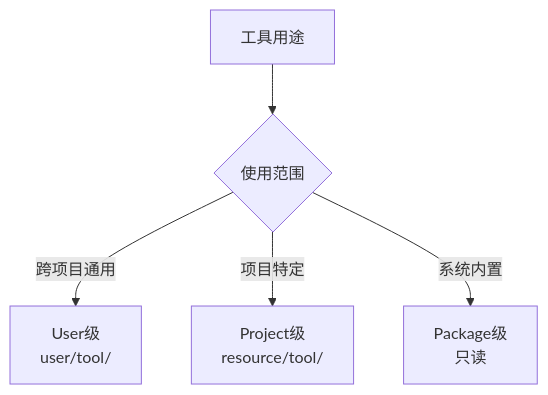
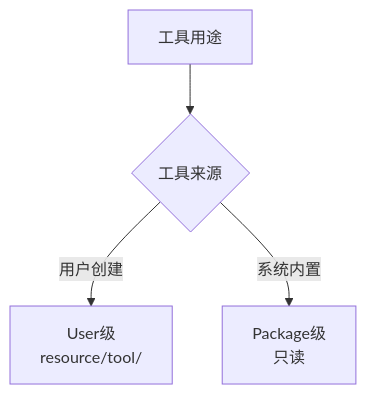
Before and after one commit to yuyuan-cs/PromptX: the diagram in packages/resource/resources/role/luban/execution/tool-creation-filesystem.execution.md, drawn with Mermaid. The commit also changed other lines of this file, not shown here.

Commit message:
fix: update luban role tool creation path documentation

````diff
--- a/packages/resource/resources/role/luban/execution/tool-creation-filesystem.execution.md
+++ b/packages/resource/resources/role/luban/execution/tool-creation-filesystem.execution.md
@@ -44,7 +53,6 @@
   ```mermaid
   graph TD
-      A[工具用途] --> B{使用范围}
-      B -->|跨项目通用| C[User级<br/>user/tool/]
-      B -->|项目特定| D[Project级<br/>resource/tool/]
-      B -->|系统内置| E[Package级<br/>只读]
+      A[工具用途] --> B{工具来源}
+      B -->|用户创建| C[User级<br/>resource/tool/]
+      B -->|系统内置| D[Package级<br/>只读]
   ```
````
